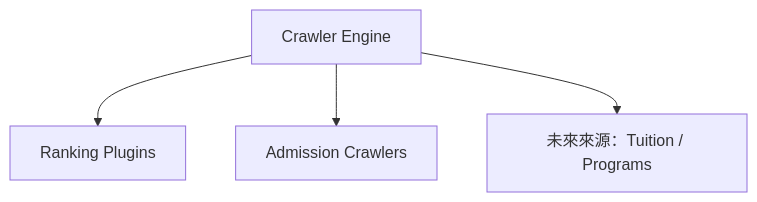
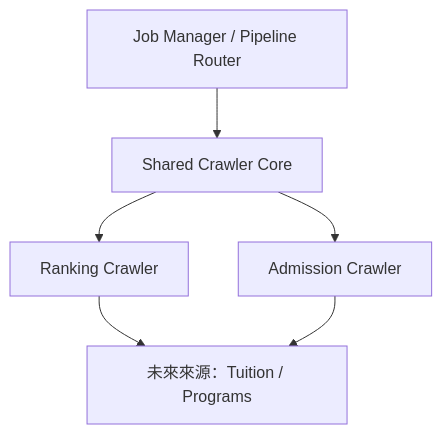
Before and after one commit to heinricitorgau/CrawlerNest: the third of 4 diagrams in docs/foundation/Whitepaper.md, drawn with Mermaid. The commit also changed other lines of this file and 1 other file, not shown here.

````diff
--- a/docs/foundation/Whitepaper.md
+++ b/docs/foundation/Whitepaper.md
@@ -785,7 +805,14 @@
 ```mermaid
 graph TD
-    ENGINE[Crawler Engine]
-    ENGINE --> RANK[Ranking Plugins]
-    ENGINE --> ADM[Admission Crawlers]
-    ENGINE --> FUT[未來來源：Tuition / Programs]
+    JOBS[Job Manager / Pipeline Router]
+    CORE[Shared Crawler Core]
+    RANK[Ranking Crawler]
+    ADM[Admission Crawler]
+    FUT[未來來源：Tuition / Programs]
+
+    JOBS --> CORE
+    CORE --> RANK
+    CORE --> ADM
+    RANK --> FUT
+    ADM --> FUT
 ```
````
